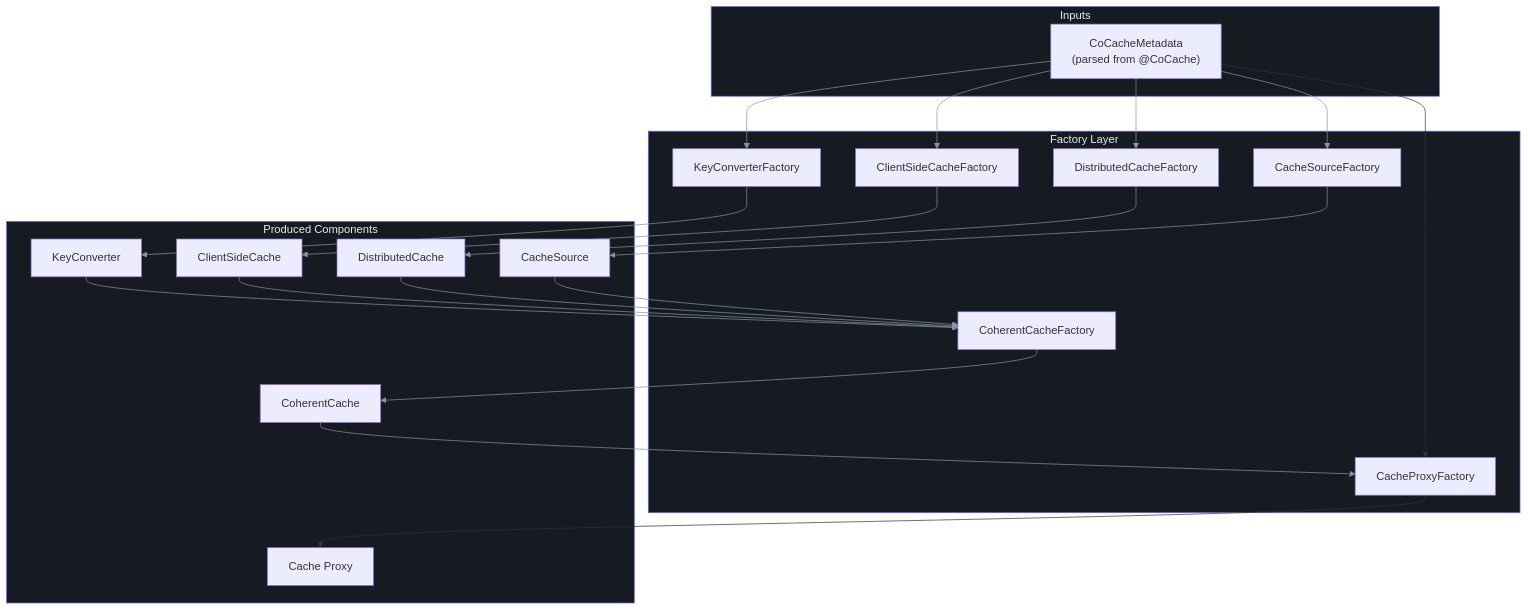
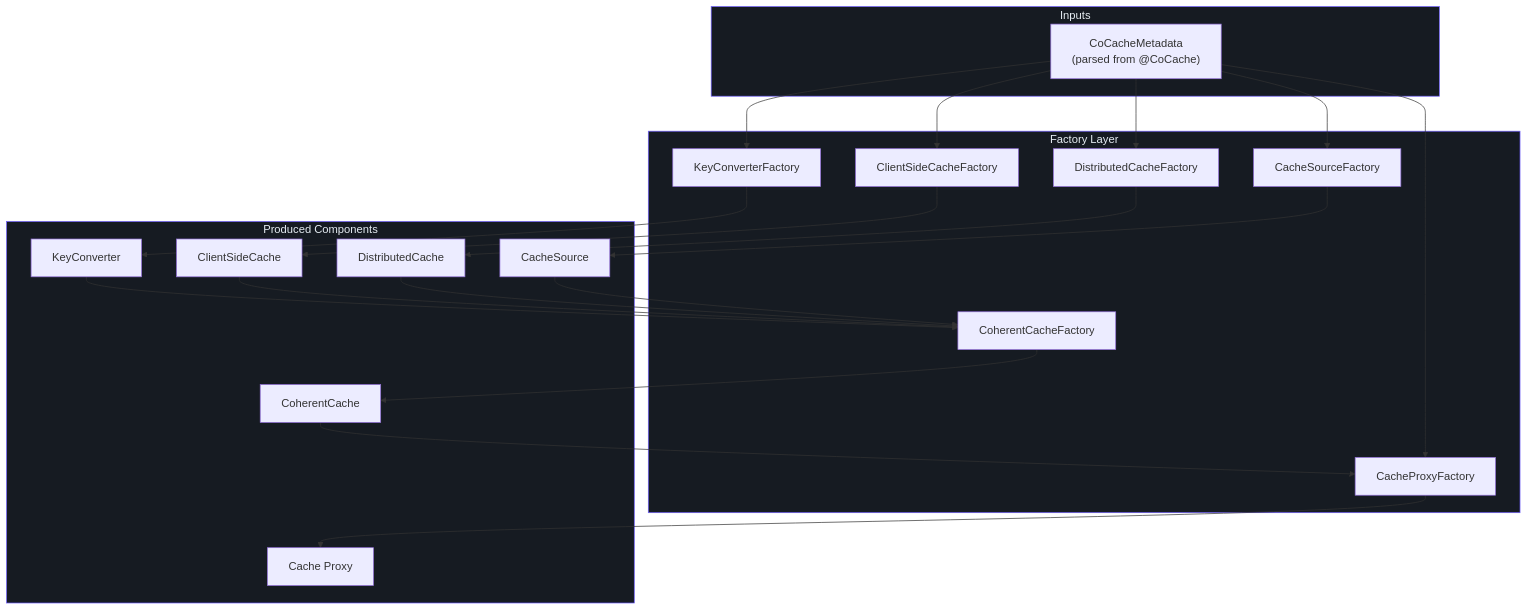
The fourth of 4 diagrams in wiki/api/core-interfaces.md (Ahoo-Wang/CoCache), drawn with Mermaid before and after one commit. The commit also changed 4 other files, not shown here.

First line of the commit message:
fix(wiki): remove all numbered linkStyle directives from mermaid diagrams

````diff
--- a/wiki/api/core-interfaces.md
+++ b/wiki/api/core-interfaces.md
@@ -461,59 +461,45 @@
 ```mermaid
 graph TB
     subgraph Inputs["Inputs"]
         style Inputs fill:#161b22,stroke:#6d5dfc,color:#e6edf3
         Meta["CoCacheMetadata<br>(parsed from @CoCache)"]
     end
 
     subgraph Factories["Factory Layer"]
         style Factories fill:#161b22,stroke:#6d5dfc,color:#e6edf3
         KCF["KeyConverterFactory"]
         CSF["ClientSideCacheFactory"]
         DCF["DistributedCacheFactory"]
         CSrcF["CacheSourceFactory"]
         CCGF["CoherentCacheFactory"]
         CPF["CacheProxyFactory"]
     end
 
     subgraph Products["Produced Components"]
         style Products fill:#161b22,stroke:#6d5dfc,color:#e6edf3
         KC["KeyConverter"]
         CSC["ClientSideCache"]
         DC["DistributedCache"]
         CSrc["CacheSource"]
         CC["CoherentCache"]
         Proxy["Cache Proxy"]
     end
 
     Meta --> KCF
     Meta --> CSF
     Meta --> DCF
     Meta --> CSrcF
     KCF --> KC
     CSF --> CSC
     DCF --> DC
     CSrcF --> CSrc
     KC --> CCGF
     CSC --> CCGF
     DC --> CCGF
     CSrc --> CCGF
     CCGF --> CC
     CC --> CPF
     Meta --> CPF
     CPF --> Proxy
 
-    linkStyle 0 stroke:#8b949e
-    linkStyle 1 stroke:#8b949e
-    linkStyle 2 stroke:#8b949e
-    linkStyle 3 stroke:#8b949e
-    linkStyle 4 stroke:#8b949e
-    linkStyle 5 stroke:#8b949e
-    linkStyle 6 stroke:#8b949e
-    linkStyle 7 stroke:#8b949e
-    linkStyle 8 stroke:#8b949e
-    linkStyle 9 stroke:#8b949e
-    linkStyle 10 stroke:#8b949e
-    linkStyle 11 stroke:#8b949e
-    linkStyle 12 stroke:#8b949e
-    linkStyle 13 stroke:#8b949e
 ```
````
